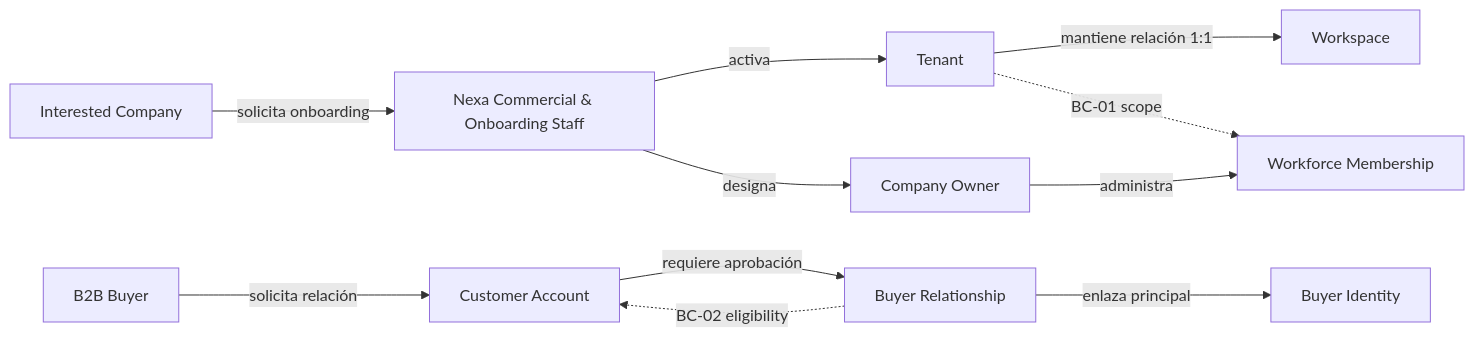
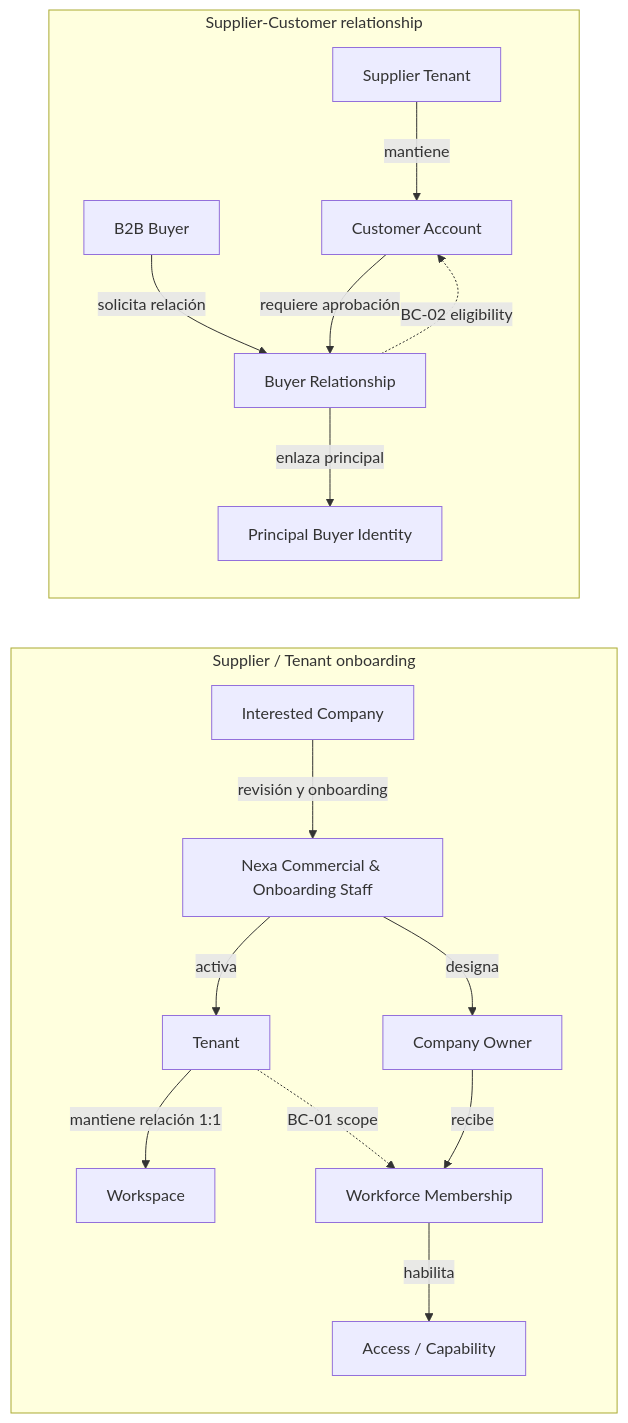
The first of 5 diagrams in report/02-requirements-and-software-solution-design/2.5-strategic-level-domain-driven-design/2.5.1-eventstorming/2.5.1.2-domain-message-flows-modeling.md (nexa-suite/mobile-report), drawn with Mermaid before and after one commit. The commit also changed other lines of this file, not shown here.

```diff
--- a/report/02-requirements-and-software-solution-design/2.5-strategic-level-domain-driven-design/2.5.1-eventstorming/2.5.1.2-domain-message-flows-modeling.md
+++ b/report/02-requirements-and-software-solution-design/2.5-strategic-level-domain-driven-design/2.5.1-eventstorming/2.5.1.2-domain-message-flows-modeling.md
@@ -32,13 +33,19 @@
 ~~~mermaid
 flowchart LR
-  prospect["Interested Company"] -->|solicita onboarding| staff["Nexa Commercial & Onboarding Staff"]
-  staff -->|activa| tenant["Tenant"]
-  tenant -->|mantiene relación 1:1| workspace["Workspace"]
-  staff -->|designa| owner["Company Owner"]
-  owner -->|administra| membership["Workforce Membership"]
-  buyer["B2B Buyer"] -->|solicita relación| account["Customer Account"]
-  account -->|requiere aprobación| relationship["Buyer Relationship"]
-  relationship -->|enlaza principal| identity["Buyer Identity"]
+  subgraph A["Supplier / Tenant onboarding"]
+    prospect["Interested Company"] -->|revisión y onboarding| staff["Nexa Commercial & Onboarding Staff"]
+    staff -->|activa| tenant["Tenant"]
+    tenant -->|mantiene relación 1:1| workspace["Workspace"]
+    staff -->|designa| owner["Company Owner"]
+    owner -->|recibe| membership["Workforce Membership"]
+    membership -->|habilita| access["Access / Capability"]
+  end
+  subgraph B["Supplier-Customer relationship"]
+    tenant2["Supplier Tenant"] -->|mantiene| account["Customer Account"]
+    buyer["B2B Buyer"] -->|solicita relación| relationship["Buyer Relationship"]
+    account -->|requiere aprobación| relationship
+    relationship -->|enlaza principal| identity["Principal Buyer Identity"]
+  end
   tenant -.->|BC-01 scope| membership
   relationship -.->|BC-02 eligibility| account
 ~~~
```
